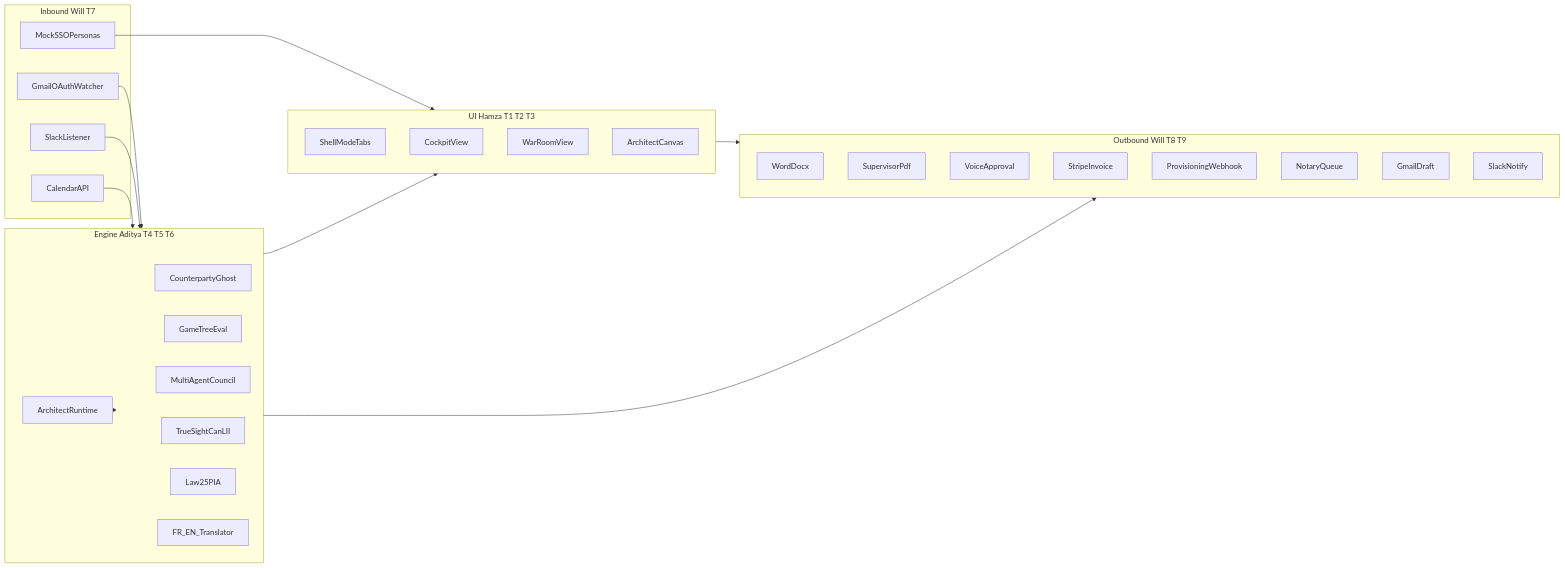
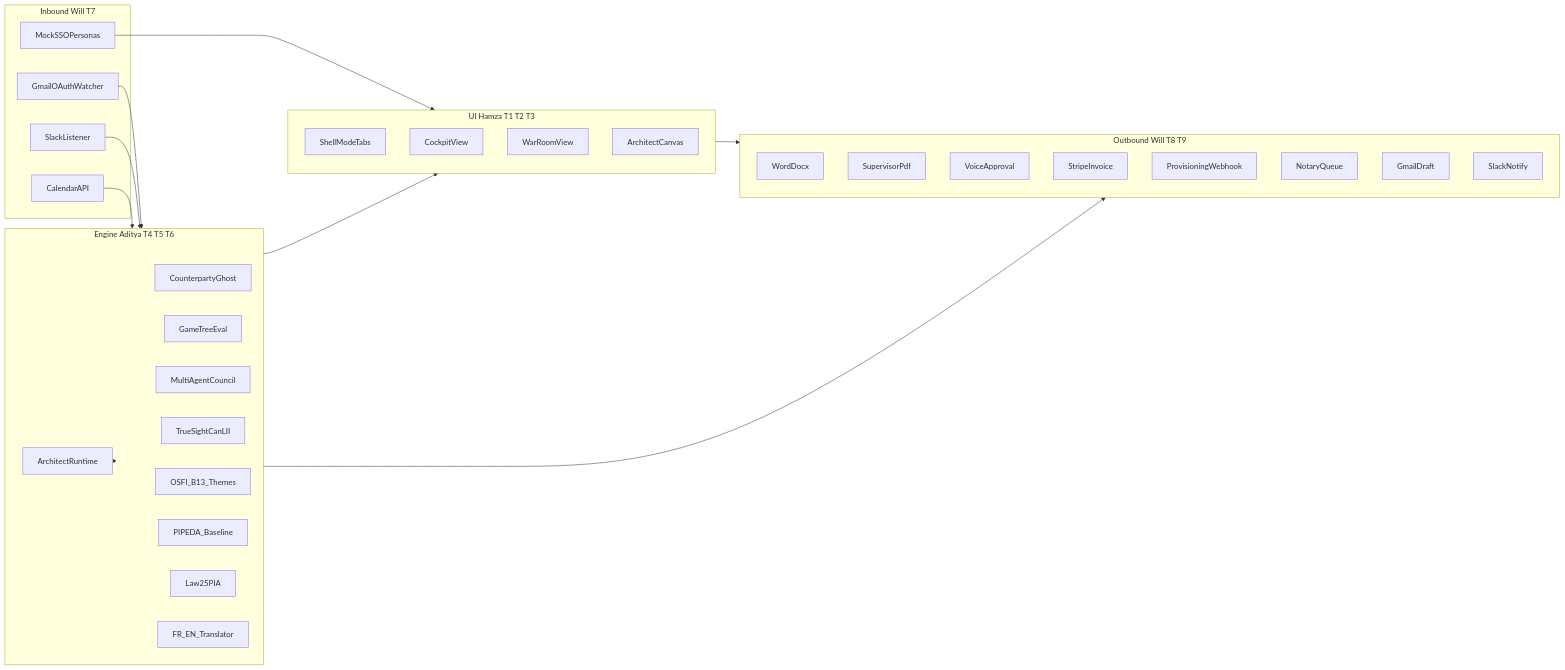
Before and after one commit to hmzdev23/aixlaw: the diagram in docs/ARCHITECTURE.md, drawn with Mermaid. The commit also changed other lines of this file and 20 other files, not shown here.

````diff
--- a/docs/ARCHITECTURE.md
+++ b/docs/ARCHITECTURE.md
@@ -58,46 +57,48 @@
 ```mermaid
 flowchart LR
   subgraph Inbound["Inbound Will T7"]
     Gmail[GmailOAuthWatcher]
     SlackIn[SlackListener]
     Cal[CalendarAPI]
     Personas[MockSSOPersonas]
   end
 
   subgraph Engine["Engine Aditya T4 T5 T6"]
     Ghost[CounterpartyGhost]
     Tree[GameTreeEval]
     Council[MultiAgentCouncil]
     TrueSight[TrueSightCanLII]
+    OSFI[OSFI_B13_Themes]
+    PIPEDA[PIPEDA_Baseline]
     Law25[Law25PIA]
     Bilingual[FR_EN_Translator]
     Runtime[ArchitectRuntime]
   end
 
   subgraph UI["UI Hamza T1 T2 T3"]
     Shell[ShellModeTabs]
     Cockpit[CockpitView]
     WarRoom[WarRoomView]
     Architect[ArchitectCanvas]
   end
 
   subgraph Outbound["Outbound Will T8 T9"]
     Docx[WordDocx]
     Pdf[SupervisorPdf]
     Voice[VoiceApproval]
     Stripe[StripeInvoice]
     Provision[ProvisioningWebhook]
     Notary[NotaryQueue]
     GmailOut[GmailDraft]
     SlackOut[SlackNotify]
   end
 
   Gmail --> Engine
   SlackIn --> Engine
   Cal --> Engine
   Personas --> UI
   Engine --> UI
   UI --> Outbound
   Engine --> Outbound
   Runtime --> Engine
 ```
````
